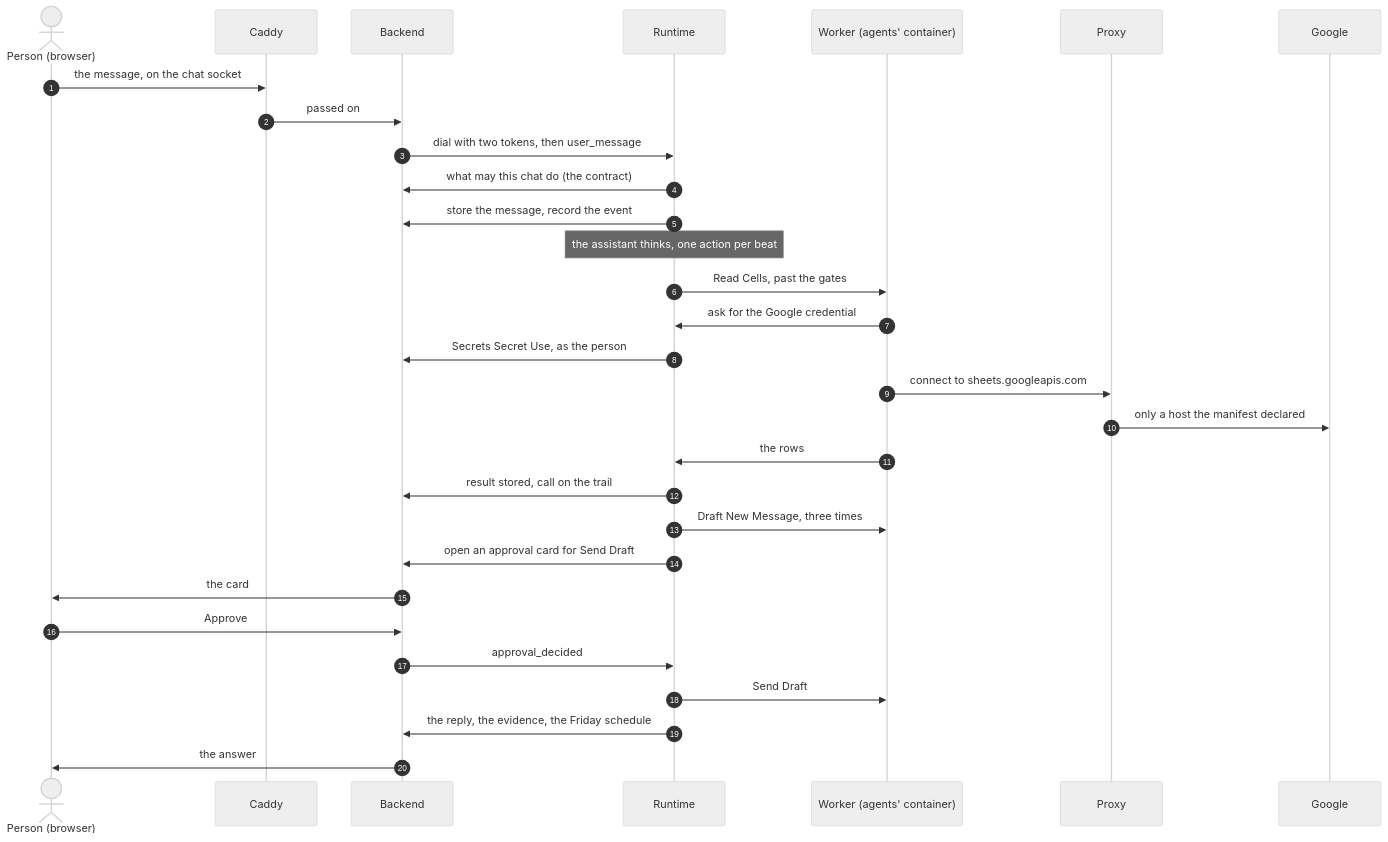
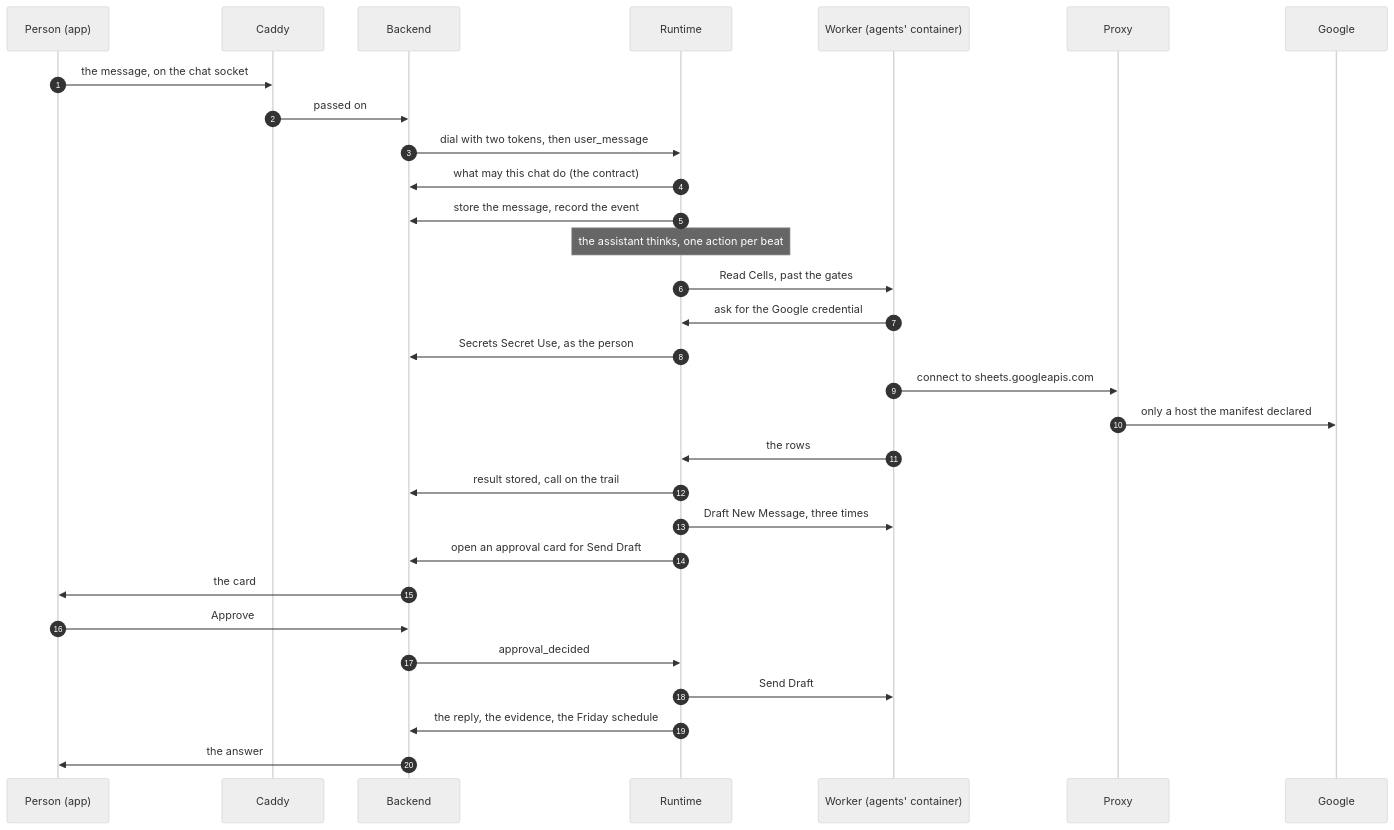
The diagram in docs/paper/03-one-request.md (decentai-io/decentai), drawn with Mermaid (neutral theme) before and after one commit. The commit also changed other lines of this file and 19 other files, not shown here.

````diff
--- a/docs/paper/03-one-request.md
+++ b/docs/paper/03-one-request.md
@@ -47,32 +47,32 @@
 ```mermaid
 sequenceDiagram
     autonumber
-    actor P as Person (browser)
+    participant P as Person (app)
     participant C as Caddy
     participant B as Backend
     participant R as Runtime
     participant W as Worker (agents' container)
     participant X as Proxy
     participant G as Google
     P->>C: the message, on the chat socket
     C->>B: passed on
     B->>R: dial with two tokens, then user_message
     R->>B: what may this chat do (the contract)
     R->>B: store the message, record the event
     Note over R: the assistant thinks, one action per beat
     R->>W: Read Cells, past the gates
     W->>R: ask for the Google credential
     R->>B: Secrets Secret Use, as the person
     W->>X: connect to sheets.googleapis.com
     X->>G: only a host the manifest declared
     W->>R: the rows
     R->>B: result stored, call on the trail
     R->>W: Draft New Message, three times
     R->>B: open an approval card for Send Draft
     B->>P: the card
     P->>B: Approve
     B->>R: approval_decided
     R->>W: Send Draft
     R->>B: the reply, the evidence, the Friday schedule
     B->>P: the answer
 ```
````
